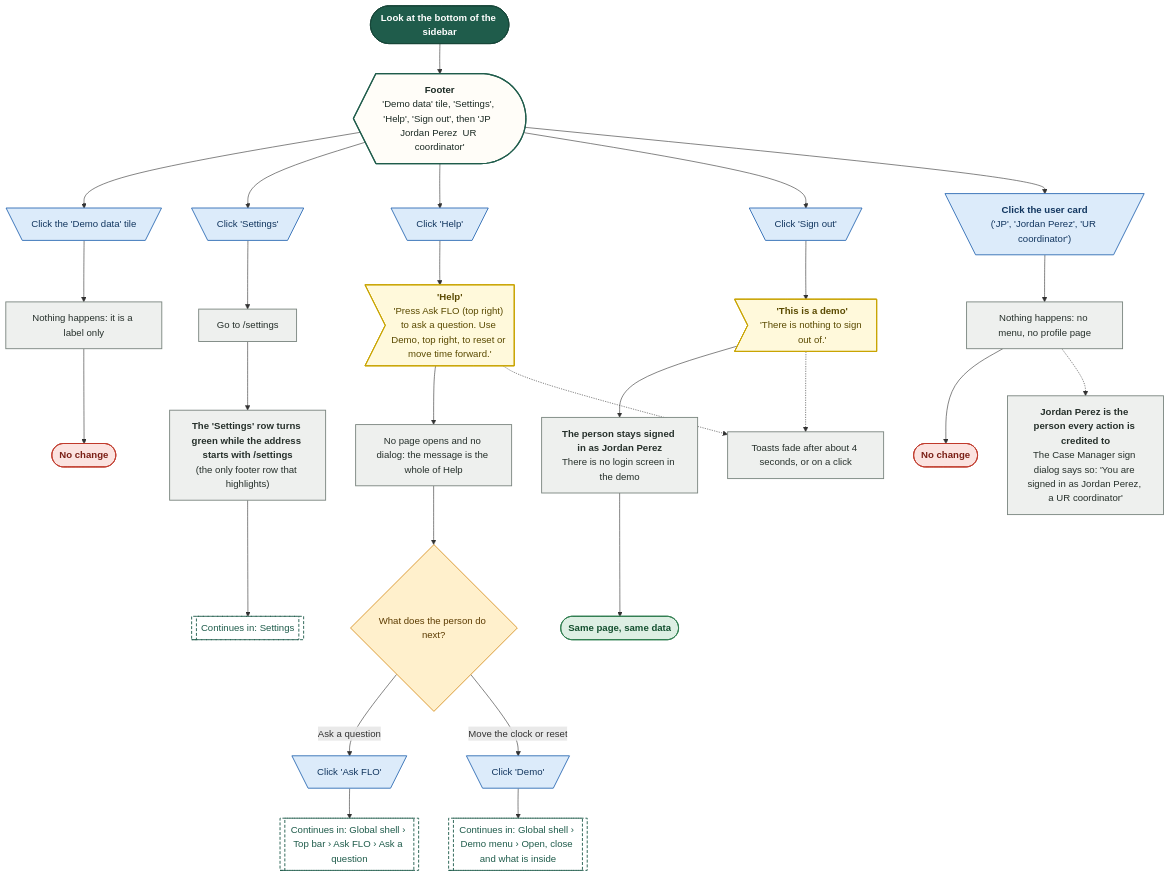
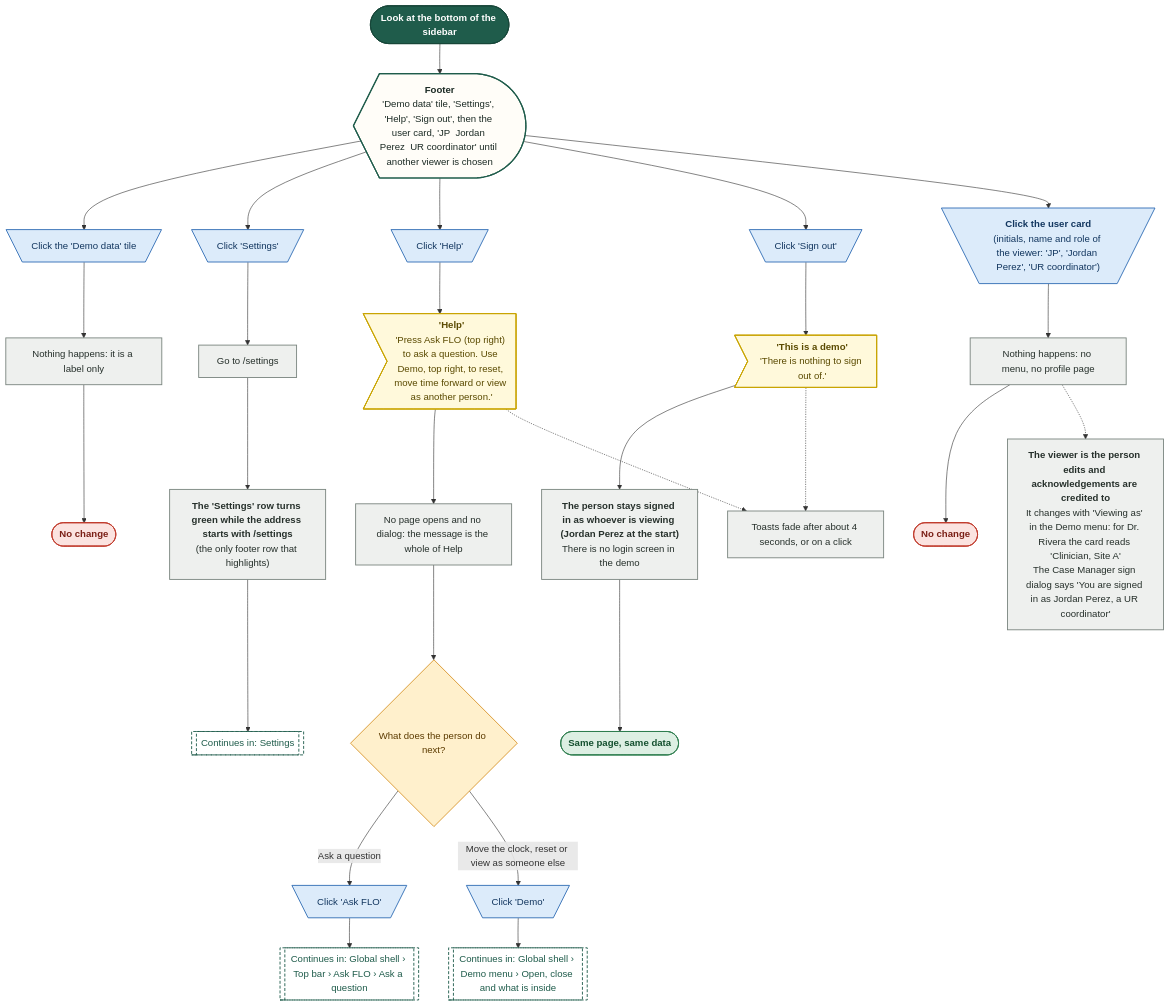
Diagram 16 of 18 in demos/prior-auth-demo/workflows/out/md/01-global-shell.md (Shrav143/psyfloapp), drawn with Mermaid before and after one commit. The commit also changed other lines of this file and 251 other files, not shown here.

First line of the commit message:
docs: rebuild the workflow diagrams (291) for round 4

````diff
--- a/demos/prior-auth-demo/workflows/out/md/01-global-shell.md
+++ b/demos/prior-auth-demo/workflows/out/md/01-global-shell.md
@@ -1062,66 +1232,66 @@
 ```mermaid
 %%{init: {"theme":"base","themeVariables":{"fontFamily":"'DM Sans', 'Segoe UI', system-ui, sans-serif","fontSize":"15px","lineColor":"#5B6B63","primaryTextColor":"#1C2B25","clusterBkg":"#FBF8F3","clusterBorder":"#D9CDBB","edgeLabelBackground":"#FFFFFF"},"flowchart":{"curve":"basis","nodeSpacing":36,"rankSpacing":48,"padding":12,"htmlLabels":true,"useMaxWidth":false,"wrappingWidth":230}} }%%
 flowchart TD
   classDef k_start fill:#1F5C4B,stroke:#174638,color:#FFFFFF,stroke-width:1.5px,font-weight:600
   classDef k_end fill:#DDEFE3,stroke:#2E7D4F,color:#14502F,stroke-width:1.5px,font-weight:600
   classDef k_endx fill:#FBE3E0,stroke:#C0392B,color:#7A1F16,stroke-width:1.5px,font-weight:600
   classDef k_screen fill:#FFFDF8,stroke:#1F5C4B,color:#1C2B25,stroke-width:2px
   classDef k_overlay fill:#F1F7F3,stroke:#1F5C4B,color:#1C2B25,stroke-width:2px,stroke-dasharray:5 3
   classDef k_click fill:#DCEBFA,stroke:#2F6DB5,color:#12365F,stroke-width:1.5px
   classDef k_input fill:#E4E7FF,stroke:#4C5FD5,color:#1D2670,stroke-width:1.5px
   classDef k_process fill:#EEF0EE,stroke:#7A857F,color:#26302B,stroke-width:1.5px
   classDef k_agent fill:#EEE5FA,stroke:#7A4FC2,color:#341A63,stroke-width:1.5px
   classDef k_decision fill:#FFF0CC,stroke:#D9962B,color:#5C3B00,stroke-width:1.5px
   classDef k_store fill:#D5F0EA,stroke:#1C8E7B,color:#0B4A3F,stroke-width:1.5px
   classDef k_doc fill:#F6E9DC,stroke:#B07A4C,color:#4A2E14,stroke-width:1.5px
   classDef k_ext fill:#FFE6D2,stroke:#E07B39,color:#6B2F06,stroke-width:1.5px
   classDef k_wait fill:#E4E8EE,stroke:#6B7C93,color:#26303D,stroke-width:1.5px
   classDef k_toast fill:#FFF9DB,stroke:#C9A400,color:#5A4A00,stroke-width:1.5px
   classDef k_goto fill:#FFFFFF,stroke:#1F5C4B,color:#1F5C4B,stroke-width:1.5px,stroke-dasharray:5 3
   s1@{ shape: stadium, label: "Look at the bottom of the sidebar" }
-  foot@{ shape: curv-trap, label: "<b>Footer</b><br/>'Demo data' tile, 'Settings', 'Help', 'Sign out', then 'JP  Jordan Perez  UR coordinator'" }
+  foot@{ shape: curv-trap, label: "<b>Footer</b><br/>'Demo data' tile, 'Settings', 'Help', 'Sign out', then the user card, 'JP  Jordan Perez  UR coordinator' until another viewer is chosen" }
   cTile@{ shape: trap-t, label: "Click the 'Demo data' tile" }
   pTile@{ shape: rect, label: "Nothing happens: it is a label only" }
   eTile@{ shape: stadium, label: "No change" }
   cSet@{ shape: trap-t, label: "Click 'Settings'" }
   pSet@{ shape: rect, label: "Go to /settings" }
   pSetOn@{ shape: rect, label: "<b>The 'Settings' row turns green while the address starts with /settings</b><br/>(the only footer row that highlights)" }
   gSet@{ shape: subproc, label: "Continues in: Settings" }
   cHelp@{ shape: trap-t, label: "Click 'Help'" }
-  tHelp@{ shape: odd, label: "<b>'Help'</b><br/>'Press Ask FLO (top right) to ask a question. Use Demo, top right, to reset or move time forward.'" }
+  tHelp@{ shape: odd, label: "<b>'Help'</b><br/>'Press Ask FLO (top right) to ask a question. Use Demo, top right, to reset, move time forward or view as another person.'" }
   pHelp@{ shape: rect, label: "No page opens and no dialog: the message is the whole of Help" }
   dHelp@{ shape: diam, label: "What does the person do next?" }
   cAsk@{ shape: trap-t, label: "Click 'Ask FLO'" }
   cDemo@{ shape: trap-t, label: "Click 'Demo'" }
   gAsk@{ shape: subproc, label: "Continues in: Global shell › Top bar › Ask FLO › Ask a question" }
   gDemo@{ shape: subproc, label: "Continues in: Global shell › Demo menu › Open, close and what is inside" }
   cOut@{ shape: trap-t, label: "Click 'Sign out'" }
   tOut@{ shape: odd, label: "<b>'This is a demo'</b><br/>'There is nothing to sign out of.'" }
-  pOut@{ shape: rect, label: "<b>The person stays signed in as Jordan Perez</b><br/>There is no login screen in the demo" }
+  pOut@{ shape: rect, label: "<b>The person stays signed in as whoever is viewing (Jordan Perez at the start)</b><br/>There is no login screen in the demo" }
   eOut@{ shape: stadium, label: "Same page, same data" }
-  cCard@{ shape: trap-t, label: "<b>Click the user card</b><br/>('JP', 'Jordan Perez', 'UR coordinator')" }
+  cCard@{ shape: trap-t, label: "<b>Click the user card</b><br/>(initials, name and role of the viewer: 'JP', 'Jordan Perez', 'UR coordinator')" }
   pCard@{ shape: rect, label: "Nothing happens: no menu, no profile page" }
-  pWho@{ shape: rect, label: "<b>Jordan Perez is the person every action is credited to</b><br/>The Case Manager sign dialog says so: 'You are signed in as Jordan Perez, a UR coordinator'" }
+  pWho@{ shape: rect, label: "<b>The viewer is the person edits and acknowledgements are credited to</b><br/>It changes with 'Viewing as' in the Demo menu: for Dr. Rivera the card reads 'Clinician, Site A'<br/>The Case Manager sign dialog says 'You are signed in as Jordan Perez, a UR coordinator'" }
   eCard@{ shape: stadium, label: "No change" }
   pToast@{ shape: rect, label: "Toasts fade after about 4 seconds, or on a click" }
   s1 --> foot
   foot --> cTile --> pTile --> eTile
   foot --> cSet --> pSet --> pSetOn --> gSet
   foot --> cHelp --> tHelp --> pHelp --> dHelp
   dHelp -->|"Ask a question"| cAsk --> gAsk
-  dHelp -->|"Move the clock or reset"| cDemo --> gDemo
+  dHelp -->|"Move the clock, reset or view as someone else"| cDemo --> gDemo
   foot --> cOut --> tOut --> pOut --> eOut
   foot --> cCard --> pCard --> eCard
   pCard -.-> pWho
   tHelp -.-> pToast
   tOut -.-> pToast
   class s1 k_start
   class foot k_screen
   class cTile,cSet,cHelp,cAsk,cDemo,cOut,cCard k_click
   class pTile,pSet,pSetOn,pHelp,pOut,pCard,pWho,pToast k_process
   class eTile,eCard k_endx
   class gSet,gAsk,gDemo k_goto
   class tHelp,tOut k_toast
   class dHelp k_decision
   class eOut k_end
 ```
````
